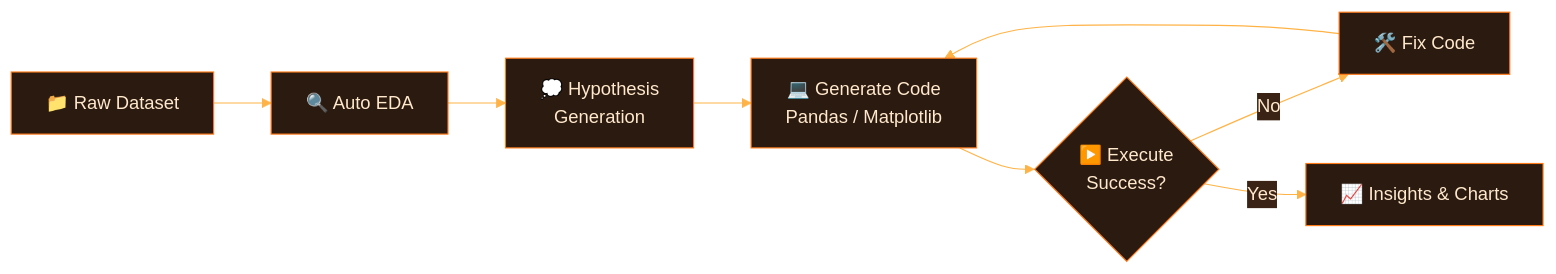
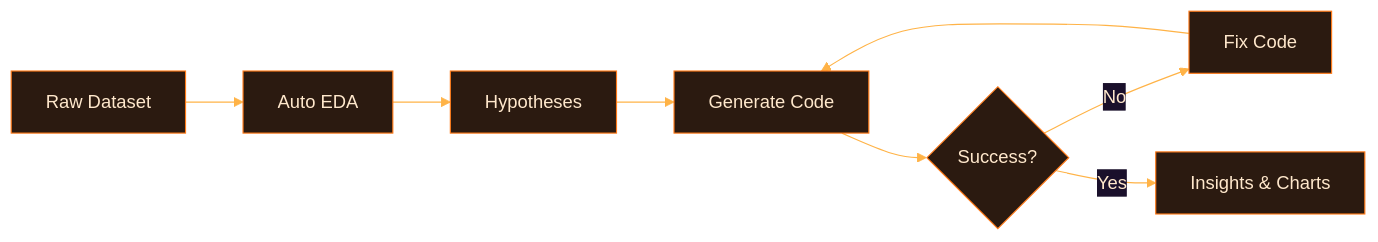
The fourth of 4 diagrams in README.md (M-Awais-11/M-Awais-11), drawn with Mermaid before and after one commit. The commit also changed other lines of this file, not shown here.

````diff
--- a/README.md
+++ b/README.md
@@ -210,11 +151,11 @@
 ```mermaid
-%%{init: {'theme':'base','themeVariables':{'primaryColor':'#2b1a10','primaryTextColor':'#FFE8CC','primaryBorderColor':'#FF7A18','lineColor':'#FFB347','secondaryColor':'#3a2314','tertiaryColor':'#1a1a1a'}}}%%
+%%{init: {'theme':'base','themeVariables':{'primaryColor':'#2b1a10','primaryTextColor':'#FFE8CC','primaryBorderColor':'#FF7A18','lineColor':'#FFB347'}}}%%
 flowchart LR
-    A[📁 Raw Dataset] --> B[🔍 Auto EDA]
-    B --> C[💭 Hypothesis<br/>Generation]
-    C --> D[💻 Generate Code<br/>Pandas / Matplotlib]
-    D --> E{▶️ Execute<br/>Success?}
-    E -- No --> F[🛠️ Fix Code]
+    A[Raw Dataset] --> B[Auto EDA]
+    B --> C[Hypotheses]
+    C --> D[Generate Code]
+    D --> E{Success?}
+    E -- No --> F[Fix Code]
     F --> D
-    E -- Yes --> G[📈 Insights & Charts]
+    E -- Yes --> G[Insights & Charts]
 ```
````
